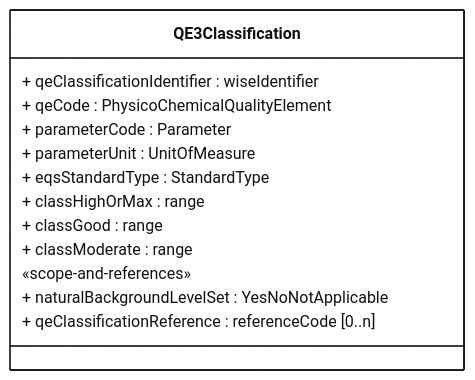
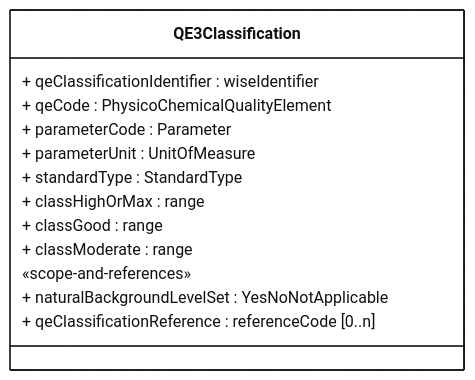
Before and after one commit to eeadata/WISE.WFD.Documentation: the diagram in docs/DataModelReview/mmd/SurfaceWaterMethodologies_4thCycle_QE3Classification_ClassDiagram.mmd, drawn with Mermaid. The commit also changed 12 other files, not shown here.

```diff
--- a/docs/DataModelReview/mmd/SurfaceWaterMethodologies_4thCycle_QE3Classification_ClassDiagram.mmd
+++ b/docs/DataModelReview/mmd/SurfaceWaterMethodologies_4thCycle_QE3Classification_ClassDiagram.mmd
@@ -1,29 +1,29 @@
 ---
 config:
   class:
     hideEmptyMembersBox: true
   layout: dagre
   theme: neutral
 ---
 classDiagram
 direction LR
 
 class QE3Classification{
 + qeClassificationIdentifier : wiseIdentifier
 + qeCode : PhysicoChemicalQualityElement
 + parameterCode : Parameter
 + parameterUnit : UnitOfMeasure
-+ eqsStandardType : StandardType
++ standardType : StandardType
 + classHighOrMax : range
 + classGood : range
 + classModerate : range
 
 «scope-and-references»
 + naturalBackgroundLevelSet : YesNoNotApplicable
 + qeClassificationReference : referenceCode [0..n]
 }
 
 
 classDef default fill:white,stroke:#000;
 classDef forFixing fill:white,stroke:#f00;
 classDef partial fill:lightyellow,stroke:#000;
```
